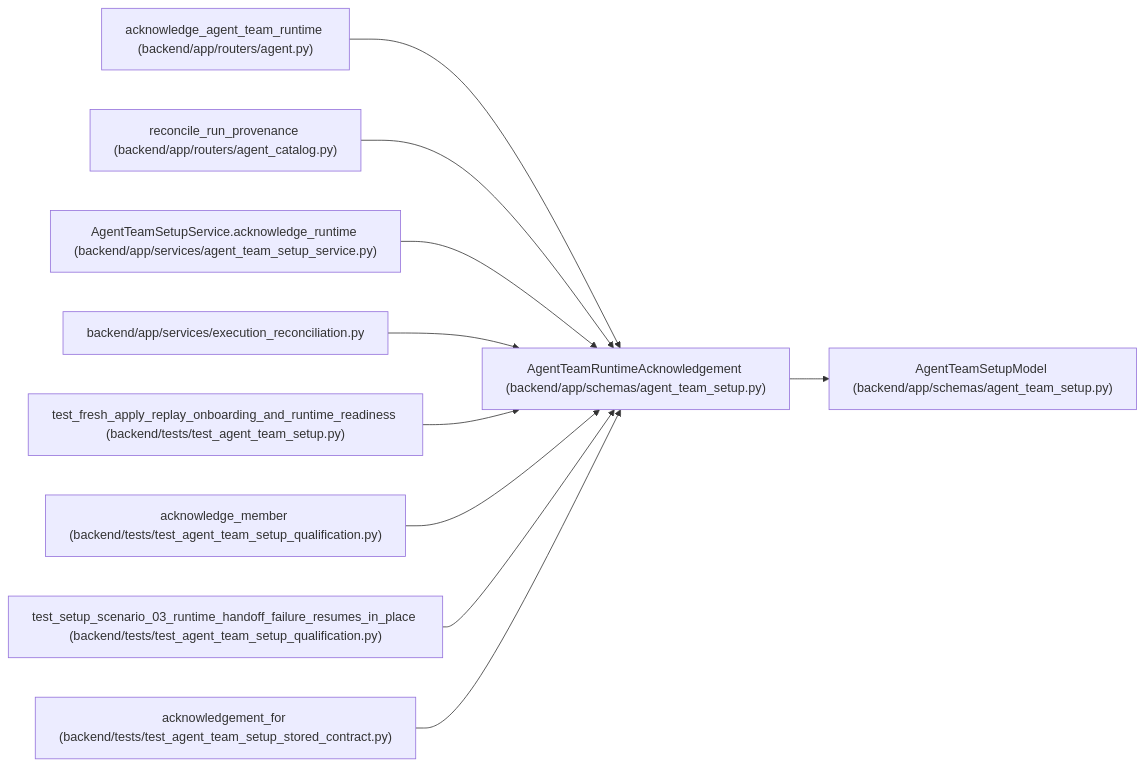
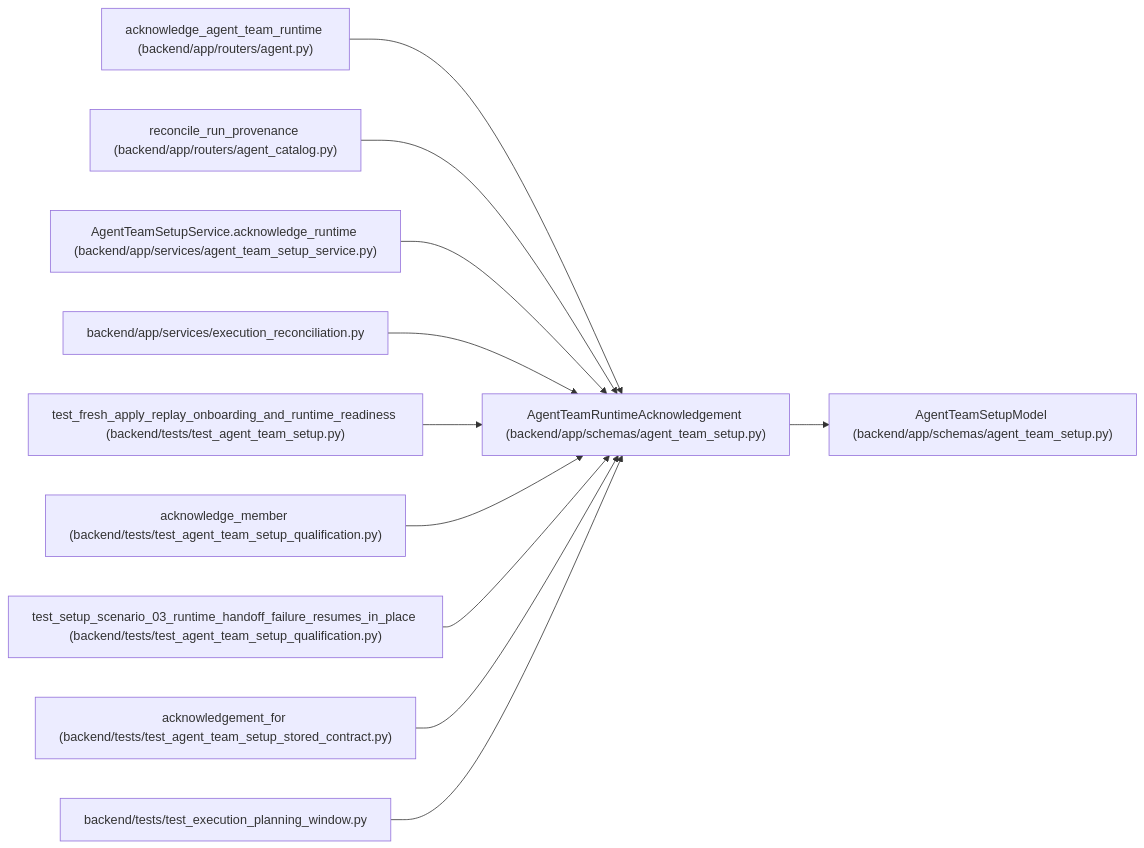
One commit to Denissvgn/WorkChord changed the diagram in docs/llm_wiki/entities/AgentTeamRuntimeAcknowledgement.md. Above: the diagram before and after it, drawn with Mermaid. The commit also changed other lines of this file and 868 other files, not shown here.

Commit message:
Document authenticated planning-window recovery and retained worker evidence

````diff
--- a/docs/llm_wiki/entities/AgentTeamRuntimeAcknowledgement.md
+++ b/docs/llm_wiki/entities/AgentTeamRuntimeAcknowledgement.md
@@ -45,32 +45,35 @@
 ```mermaid
 flowchart LR
     n0["AgentTeamRuntimeAcknowledgement (backend/app/schemas/agent_team_setup.py)"]
     n1["AgentTeamSetupModel (backend/app/schemas/agent_team_setup.py)"]
     n2["acknowledge_agent_team_runtime (backend/app/routers/agent.py)"]
     n3["reconcile_run_provenance (backend/app/routers/agent_catalog.py)"]
     n4["AgentTeamSetupService.acknowledge_runtime (backend/app/services/agent_team_setup_service.py)"]
     n5["backend/app/services/execution_reconciliation.py"]
     n6["test_fresh_apply_replay_onboarding_and_runtime_readiness (backend/tests/test_agent_team_setup.py)"]
     n7["acknowledge_member (backend/tests/test_agent_team_setup_qualification.py)"]
     n8["test_setup_scenario_03_runtime_handoff_failure_resumes_in_place (backend/tests/test_agent_team_setup_qualification.py)"]
     n9["acknowledgement_for (backend/tests/test_agent_team_setup_stored_contract.py)"]
+    n10["backend/tests/test_execution_planning_window.py"]
     n0 --> n1
     n2 --> n0
     n3 --> n0
     n4 --> n0
     n5 --> n0
     n6 --> n0
     n7 --> n0
     n8 --> n0
     n9 --> n0
+    n10 --> n0
     click n0 "../modules/agent_team_setup.md"
     click n1 "../modules/agent_team_setup.md"
     click n2 "../modules/routers_agent.md"
     click n3 "../modules/agent_catalog.md"
     click n4 "../modules/agent_team_setup_service.md"
     click n5 "../modules/execution_reconciliation.md"
     click n6 "../modules/test_agent_team_setup.md"
     click n7 "../modules/test_agent_team_setup_qualification.md"
     click n8 "../modules/test_agent_team_setup_qualification.md"
     click n9 "../modules/test_agent_team_setup_stored_contract.md"
+    click n10 "../modules/test_execution_planning_window.md"
 ```
````
